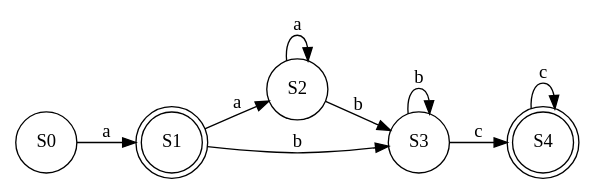
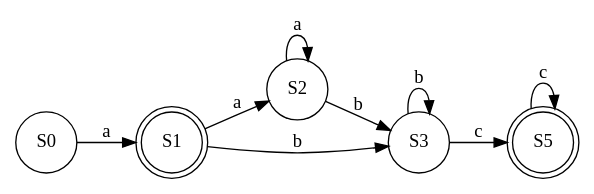
The diagram in Py1_201603028/build/classes/AFD_201603028/E2.dot (Racs0XD/-OLC1-Proyecto1_201603028), drawn with Graphviz before and after one commit. The commit also changed 68 other files, not shown here.

```diff
--- a/Py1_201603028/build/classes/AFD_201603028/E2.dot
+++ b/Py1_201603028/build/classes/AFD_201603028/E2.dot
@@ -1,47 +1,47 @@
 digraph G{
 rankdir=LR
 node[shape=circle]
 concentrate=true
 nodoS0[label="S0"];
 
 nodoS1[label="S1"];
 
 nodoS0->nodoS1[label="a"];
 
 nodoS1[label="S1"][shape=doublecircle];
 
 nodoS2[label="S2"];
 
 nodoS1->nodoS2[label="a"];
 
 nodoS3[label="S3"];
 
 nodoS1->nodoS3[label="b"];
 
 nodoS2[label="S2"];
 
 nodoS2[label="S2"];
 
 nodoS2->nodoS2[label="a"];
 
 nodoS3[label="S3"];
 
 nodoS2->nodoS3[label="b"];
 
 nodoS3[label="S3"];
 
 nodoS3[label="S3"];
 
 nodoS3->nodoS3[label="b"];
 
-nodoS4[label="S4"];
+nodoS5[label="S5"];
 
-nodoS3->nodoS4[label="c"];
+nodoS3->nodoS5[label="c"];
 
-nodoS4[label="S4"][shape=doublecircle];
+nodoS5[label="S5"][shape=doublecircle];
 
-nodoS4[label="S4"];
+nodoS5[label="S5"];
 
-nodoS4->nodoS4[label="c"];
+nodoS5->nodoS5[label="c"];
 
 }
```
